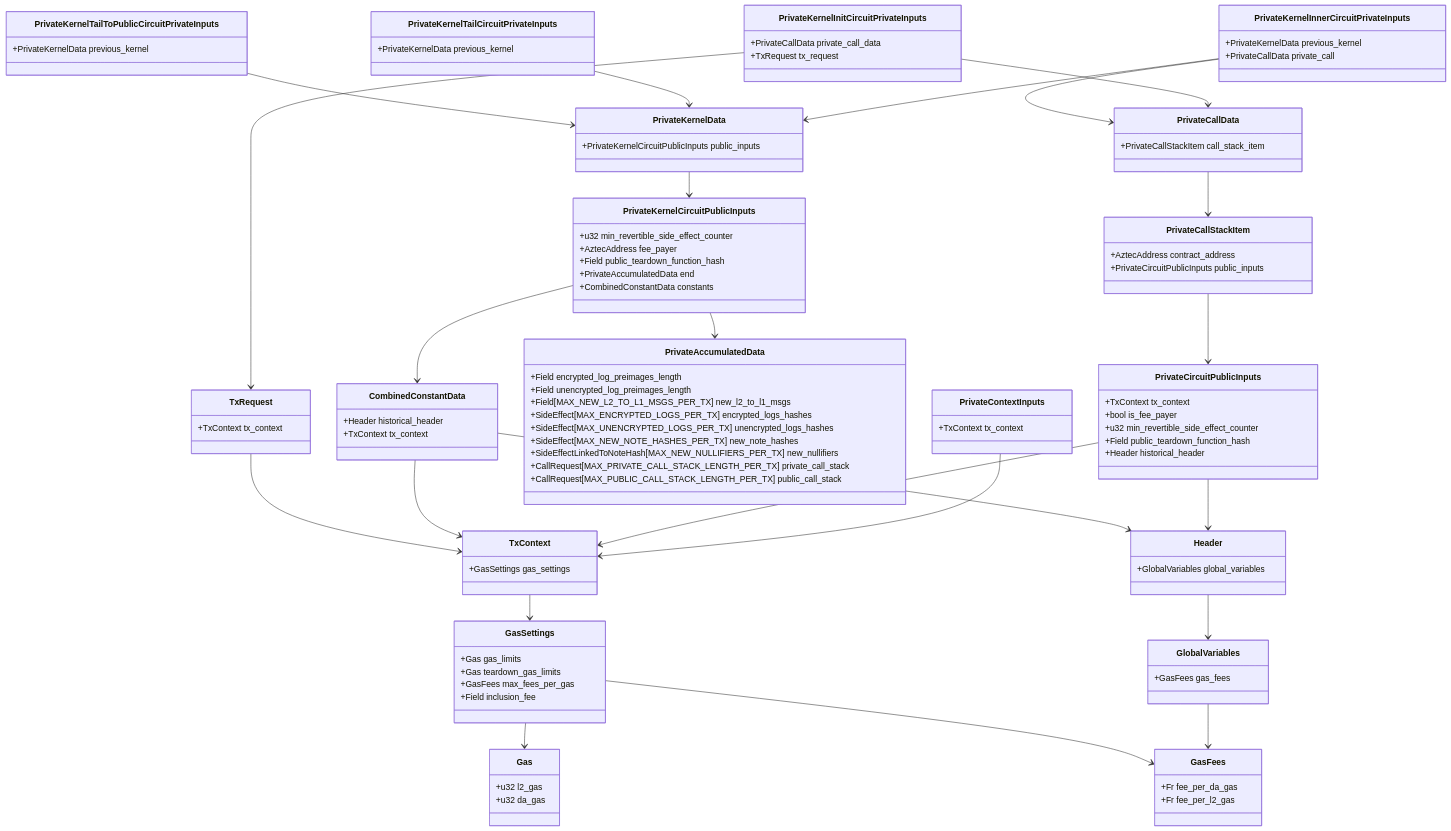
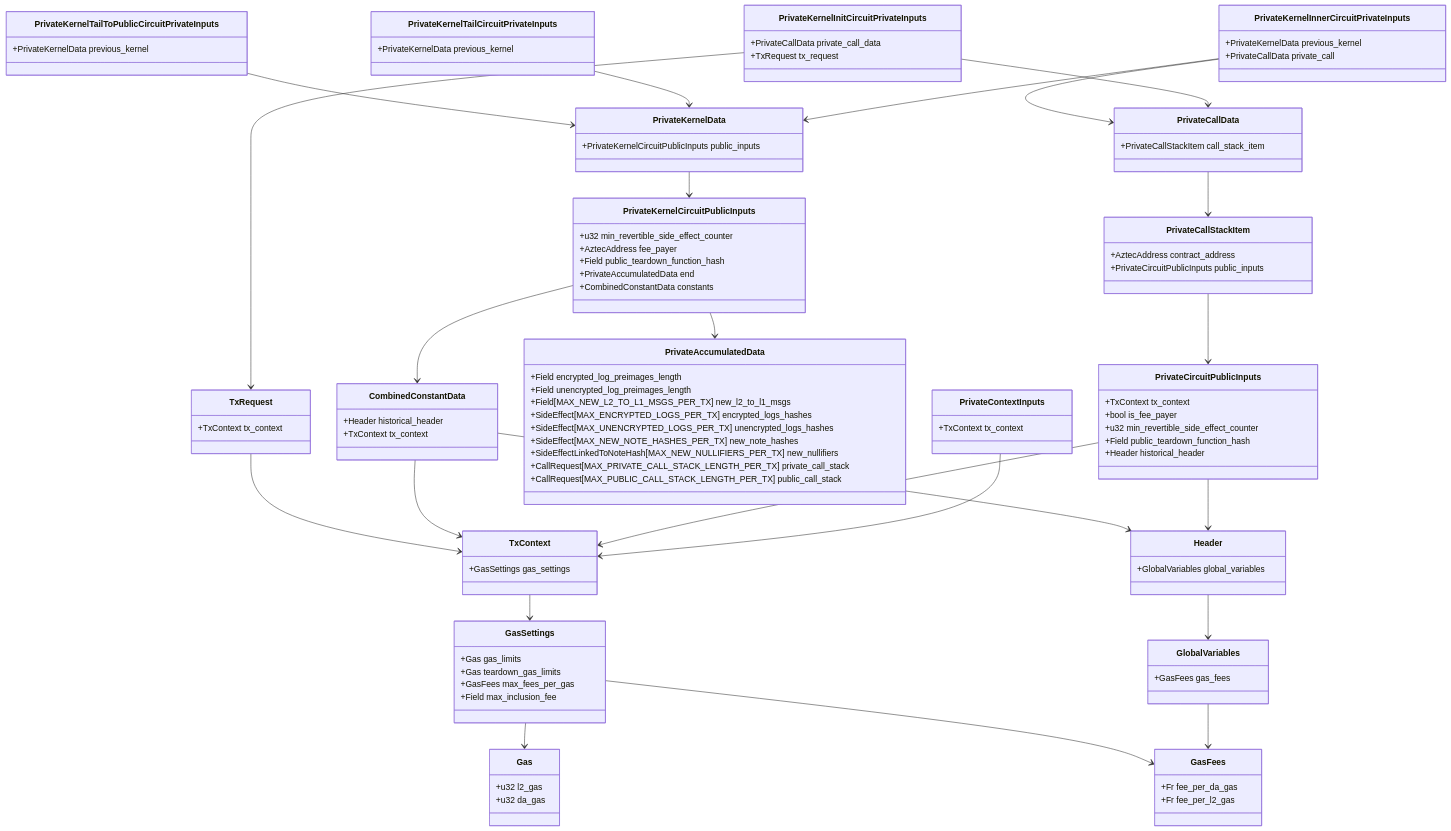
One commit to AztecProtocol/aztec-packages changed the first of 2 diagrams in docs/docs/protocol-specs/gas-and-fees/kernel-tracking.md. Above: the diagram before and after it, drawn with Mermaid. The commit also changed other lines of this file and 5 other files, not shown here.

```diff
--- a/docs/docs/protocol-specs/gas-and-fees/kernel-tracking.md
+++ b/docs/docs/protocol-specs/gas-and-fees/kernel-tracking.md
@@ -98,7 +98,7 @@
     +Gas gas_limits
     +Gas teardown_gas_limits
     +GasFees max_fees_per_gas
-    +Field inclusion_fee
+    +Field max_inclusion_fee
 }
 GasSettings --> Gas
 GasSettings --> GasFees
```
